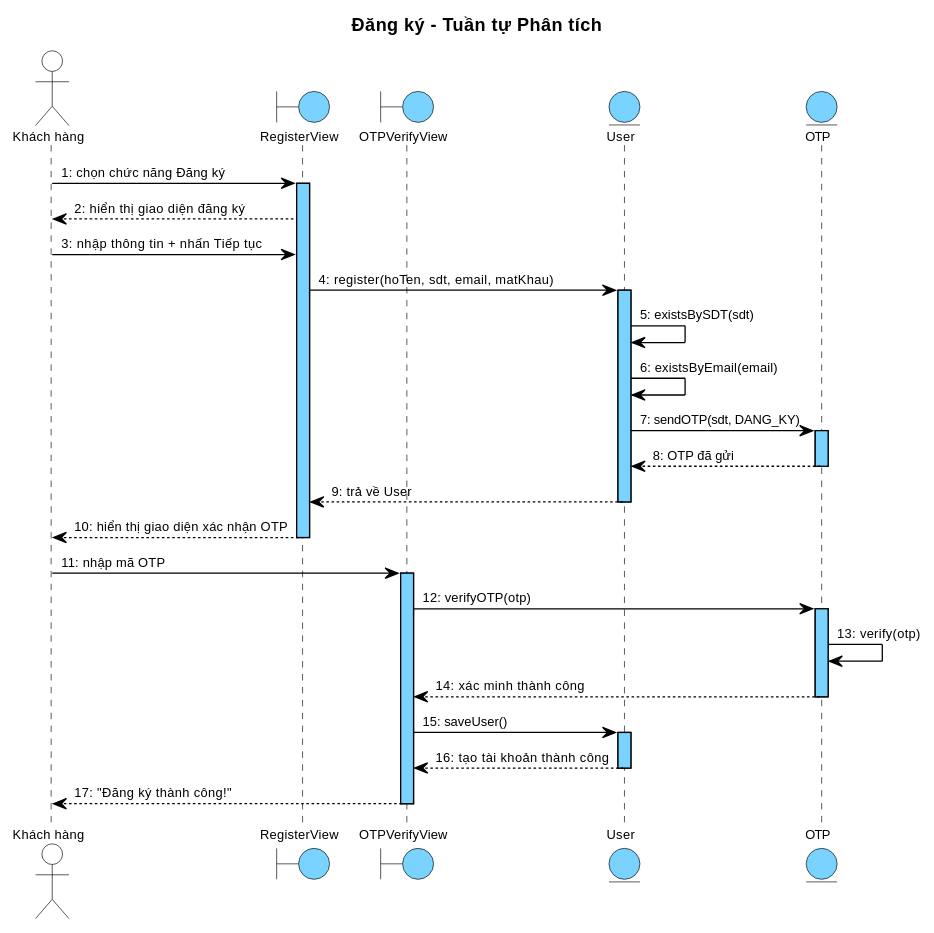
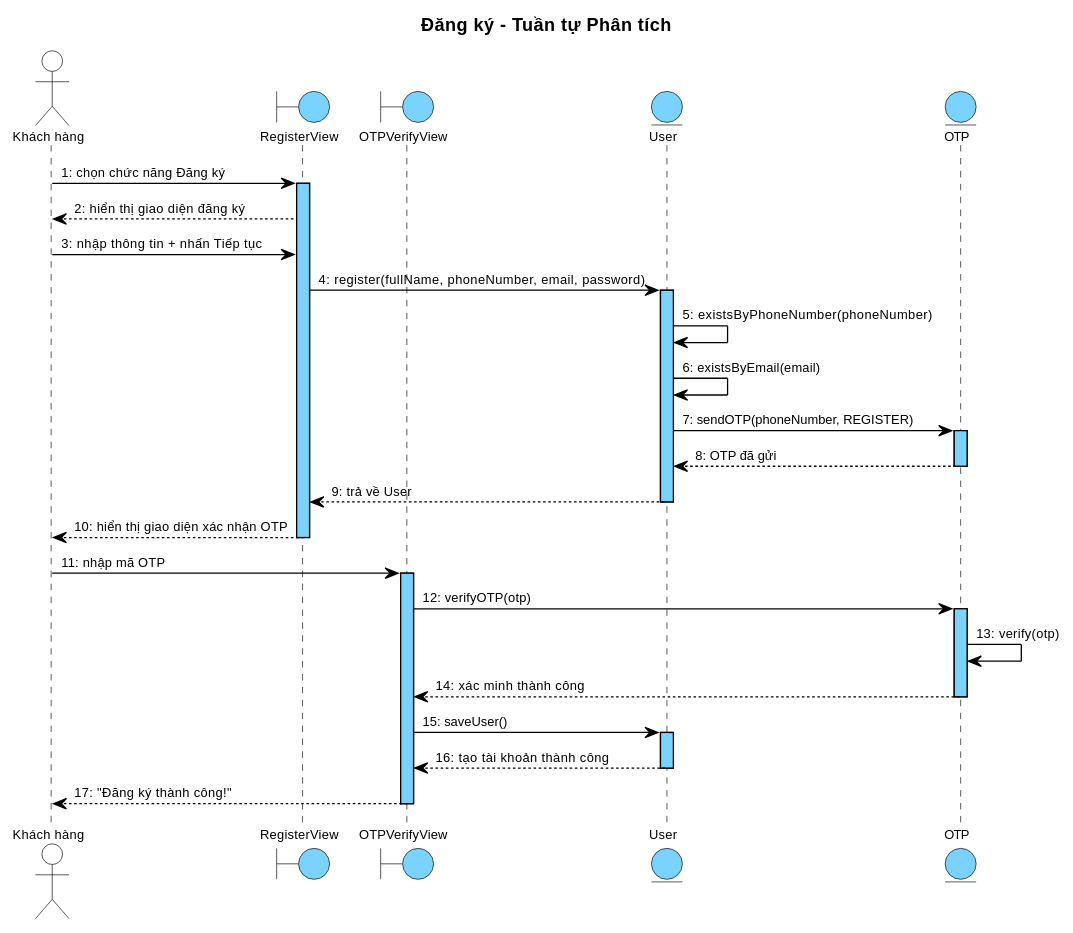
One commit to thanhtrnnn/cnpm changed the fourth of 7 diagrams in docs/tabs/section-account-ii.md. Above: the diagram before and after it, drawn with PlantUML. The commit also changed other lines of this file and 21 other files, not shown here.

```diff
--- a/docs/tabs/section-account-ii.md
+++ b/docs/tabs/section-account-ii.md
@@ -500,11 +500,11 @@
 activate B1
 B1 --> KH : 2: hiển thị giao diện đăng ký
 KH -> B1 : 3: nhập thông tin + nhấn Tiếp tục
-B1 -> E1 : 4: register(hoTen, sdt, email, matKhau)
+B1 -> E1 : 4: register(fullName, phoneNumber, email, password)
 activate E1
-E1 -> E1 : 5: existsBySDT(sdt)
+E1 -> E1 : 5: existsByPhoneNumber(phoneNumber)
 E1 -> E1 : 6: existsByEmail(email)
-E1 -> E2 : 7: sendOTP(sdt, DANG_KY)
+E1 -> E2 : 7: sendOTP(phoneNumber, REGISTER)
 activate E2
 E2 --> E1 : 8: OTP đã gửi
 deactivate E2
```
